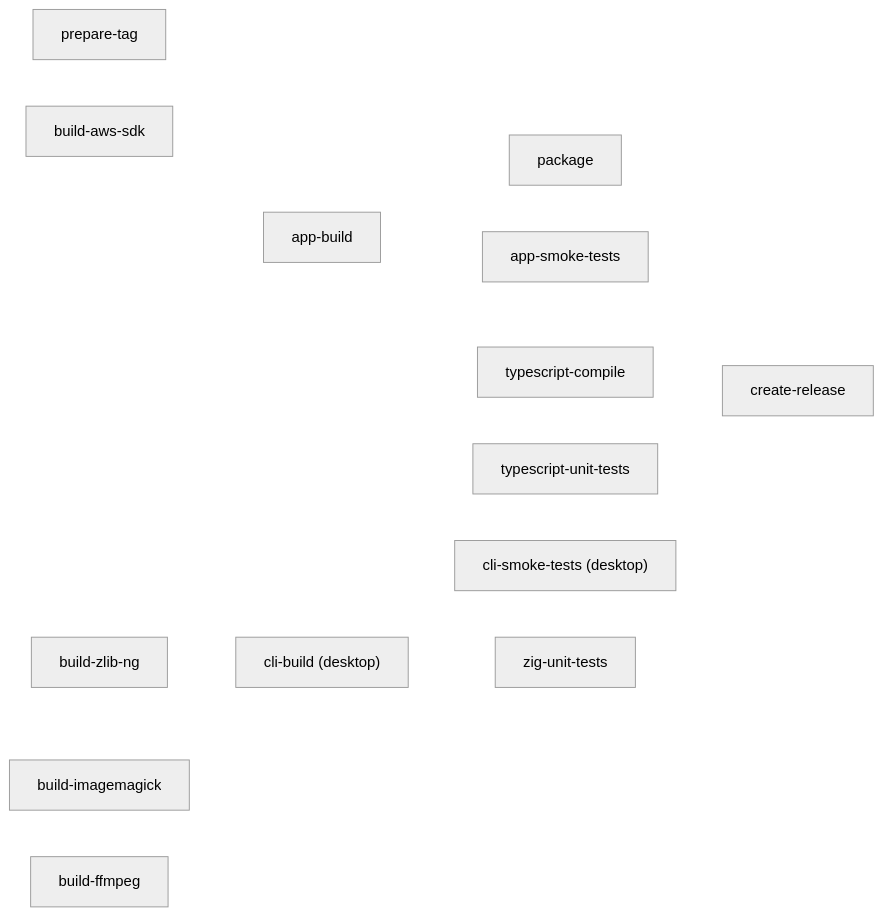
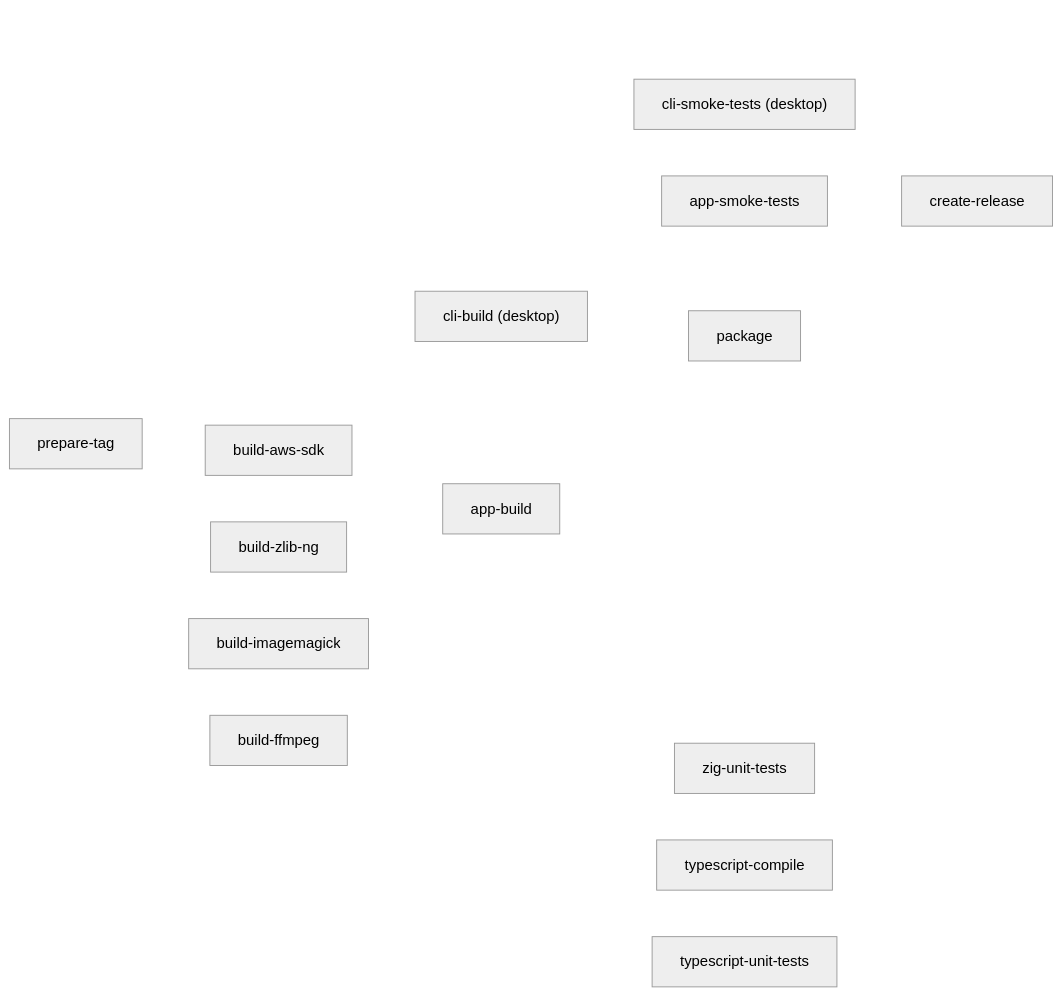
The second of 2 diagrams in docs/workflows.md (ashleydavis/photosphere), drawn with Mermaid (neutral theme) before and after one commit. The commit also changed other lines of this file and 13 other files, not shown here.

````diff
--- a/docs/workflows.md
+++ b/docs/workflows.md
@@ -167,33 +171,39 @@
 ```mermaid
 flowchart LR
+    prepare-tag --> lib-aws["build-aws-sdk"]
+    prepare-tag --> lib-zlib["build-zlib-ng"]
+    prepare-tag --> lib-im["build-imagemagick"]
+    prepare-tag --> lib-ff["build-ffmpeg"]
+    prepare-tag --> typescript-compile
+    prepare-tag --> typescript-unit-tests
     prepare-tag --> app-build
     lib-aws["build-aws-sdk"] --> app-build
     lib-zlib["build-zlib-ng"] --> app-build
     lib-im["build-imagemagick"] --> app-build
     lib-ff["build-ffmpeg"] --> app-build
     prepare-tag --> cli-build["cli-build (desktop)"]
     lib-aws --> cli-build
     lib-zlib --> cli-build
     lib-im --> cli-build
     lib-ff --> cli-build
     cli-build --> cli-smoke-tests["cli-smoke-tests (desktop)"]
     app-build --> app-smoke-tests
     lib-aws --> zig-unit-tests
     lib-zlib --> zig-unit-tests
     lib-im --> zig-unit-tests
     lib-ff --> zig-unit-tests
     cli-build --> zig-unit-tests
     app-build --> zig-unit-tests
     prepare-tag --> package
     app-build --> package
     prepare-tag --> create-release
     app-build --> create-release
     cli-build --> create-release
     cli-smoke-tests --> create-release
     app-smoke-tests --> create-release
     package --> create-release
     zig-unit-tests --> create-release
     typescript-compile --> create-release
     typescript-unit-tests --> create-release
     linkStyle default stroke:#ffffff,stroke-width:2px
 ```
````
